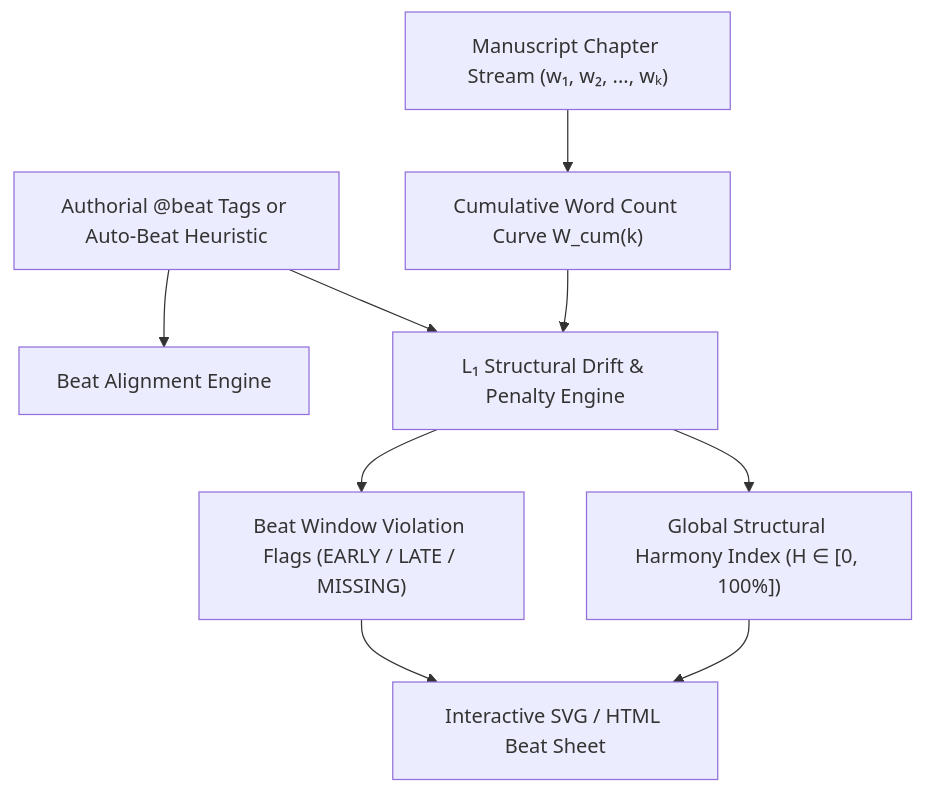
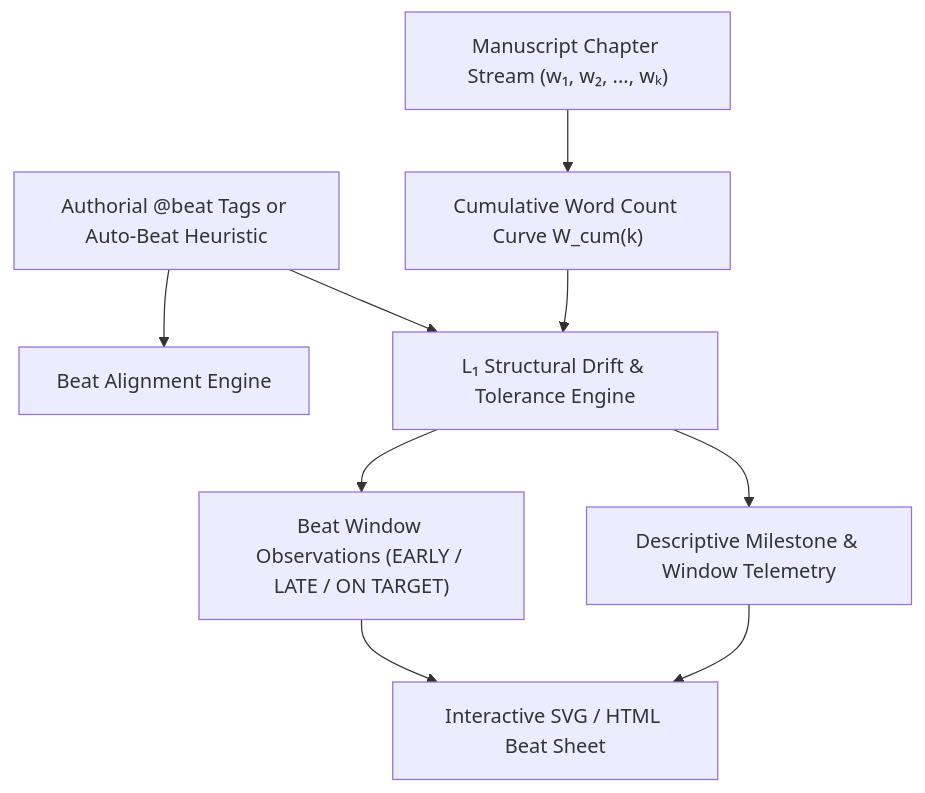
One commit to aryansinghnagar/Ars-Arcanum changed the diagram in docs/STRUCTURE.md. Above: the diagram before and after it, drawn with Mermaid. The commit also changed other lines of this file and 75 other files, not shown here.

````diff
--- a/docs/STRUCTURE.md
+++ b/docs/STRUCTURE.md
@@ -14,11 +14,11 @@
 ```mermaid
 flowchart TD
     Chapters["Manuscript Chapter Stream (w₁, w₂, ..., wₖ)"] --> CumSum["Cumulative Word Count Curve W_cum(k)"]
     Beats["Authorial @beat Tags or Auto-Beat Heuristic"] --> Alignment["Beat Alignment Engine"]
-    CumSum & Beats --> Drift["L₁ Structural Drift & Penalty Engine"]
+    CumSum & Beats --> Drift["L₁ Structural Drift & Tolerance Engine"]
     
-    Drift --> HarmonyScore["Global Structural Harmony Index (H ∈ [0, 100%])"]
-    Drift --> Diagnostics["Beat Window Violation Flags (EARLY / LATE / MISSING)"]
+    Drift --> Telemetry["Descriptive Milestone & Window Telemetry"]
+    Drift --> Diagnostics["Beat Window Observations (EARLY / LATE / ON TARGET)"]
     
-    HarmonyScore & Diagnostics --> Visualizer["Interactive SVG / HTML Beat Sheet"]
+    Telemetry & Diagnostics --> Visualizer["Interactive SVG / HTML Beat Sheet"]
 ```
````
